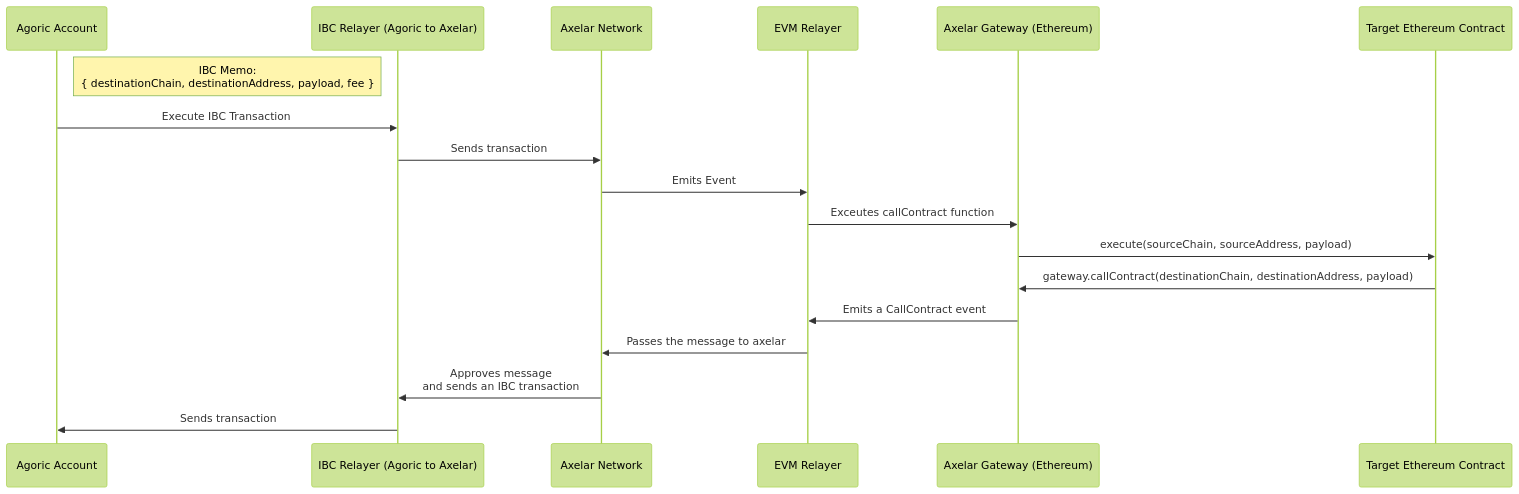
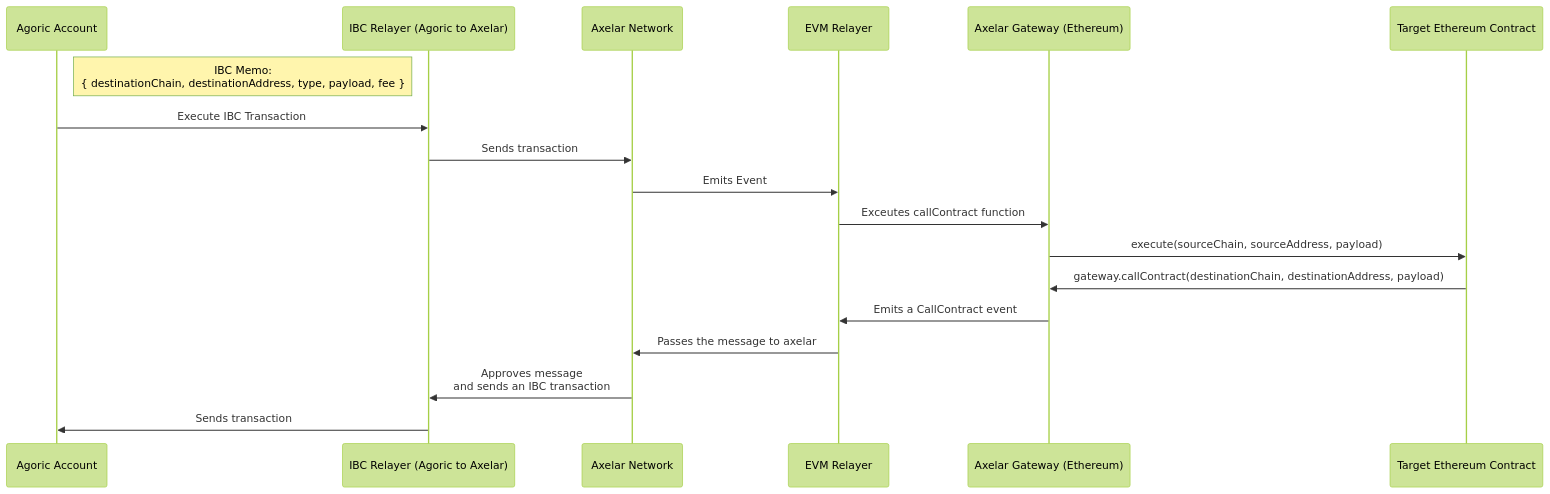
One commit to agoric-labs/dapp-evm changed the diagram in docs/agoric-to-evm.mmd. Above: the diagram before and after it, drawn with Mermaid (forest theme). The commit also changed 1 other file, not shown here.

Commit message:
docs: describe the message flow and format the README.md

```diff
--- a/docs/agoric-to-evm.mmd
+++ b/docs/agoric-to-evm.mmd
@@ -1,22 +1,22 @@
 sequenceDiagram
     participant AgoricUser as Agoric Account
     participant IBCRelayer as IBC Relayer (Agoric to Axelar)
     participant Axelar as Axelar Network
     participant EvmRelayer as EVM Relayer
     participant AxelarGatewayEth as Axelar Gateway (Ethereum)
     participant TargetContract as Target Ethereum Contract
 
-    note left of IBCRelayer: IBC Memo:<br>{ destinationChain, destinationAddress, payload, fee }
+    note left of IBCRelayer: IBC Memo:<br>{ destinationChain, destinationAddress, type, payload, fee }
 
     %% Flow starts
     AgoricUser->>IBCRelayer: Execute IBC Transaction
     IBCRelayer->>Axelar: Sends transaction
     Axelar->>EvmRelayer: Emits Event
     EvmRelayer->>AxelarGatewayEth: Exceutes callContract function
     AxelarGatewayEth->>TargetContract: execute(sourceChain, sourceAddress, payload)
 
     TargetContract->>AxelarGatewayEth: gateway.callContract(destinationChain, destinationAddress, payload)
     AxelarGatewayEth->>EvmRelayer: Emits a CallContract event
     EvmRelayer->>Axelar: Passes the message to axelar
     Axelar->>IBCRelayer: Approves message <br>and sends an IBC transaction
     IBCRelayer->>AgoricUser: Sends transaction
```
